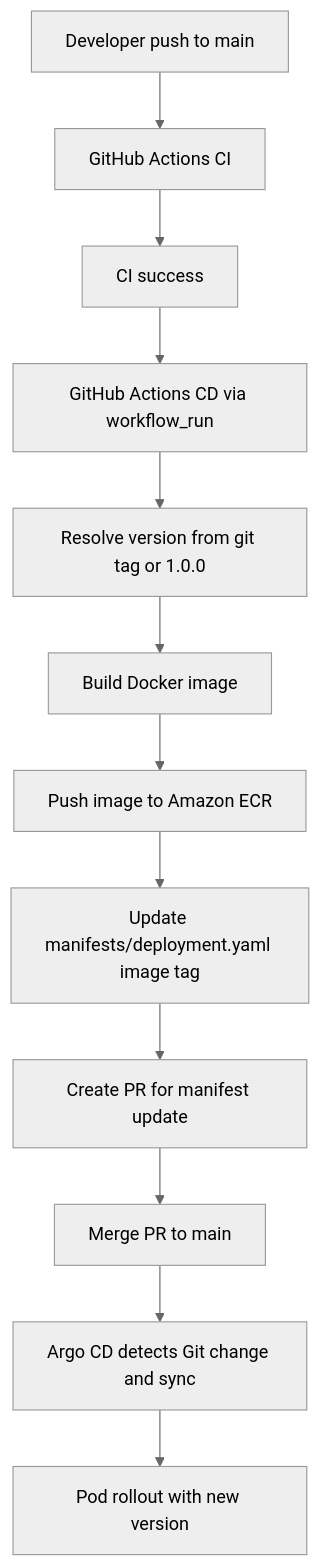
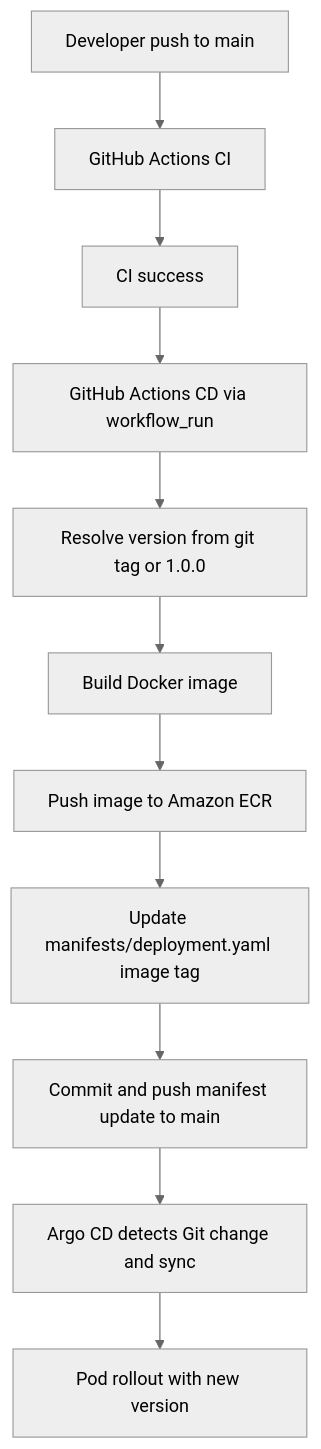
The diagram in docs/Backstage_템플릿_CD_가이드.md (SAMJOYAP/reference-implementation-aws), drawn with Mermaid (neutral theme) before and after one commit. The commit also changed other lines of this file and 4 other files, not shown here.

````diff
--- a/docs/Backstage_템플릿_CD_가이드.md
+++ b/docs/Backstage_템플릿_CD_가이드.md
@@ -63,14 +63,13 @@
 ```mermaid
 flowchart TD
     A[Developer push to main] --> B[GitHub Actions CI]
     B --> C[CI success]
     C --> C2[GitHub Actions CD via workflow_run]
     C2 --> D[Resolve version from git tag or 1.0.0]
     D --> E[Build Docker image]
     E --> F[Push image to Amazon ECR]
     F --> G[Update manifests/deployment.yaml image tag]
-    G --> H[Create PR for manifest update]
-    H --> I[Merge PR to main]
-    I --> J[Argo CD detects Git change and sync]
+    G --> H[Commit and push manifest update to main]
+    H --> J[Argo CD detects Git change and sync]
     J --> K[Pod rollout with new version]
 ```
````
